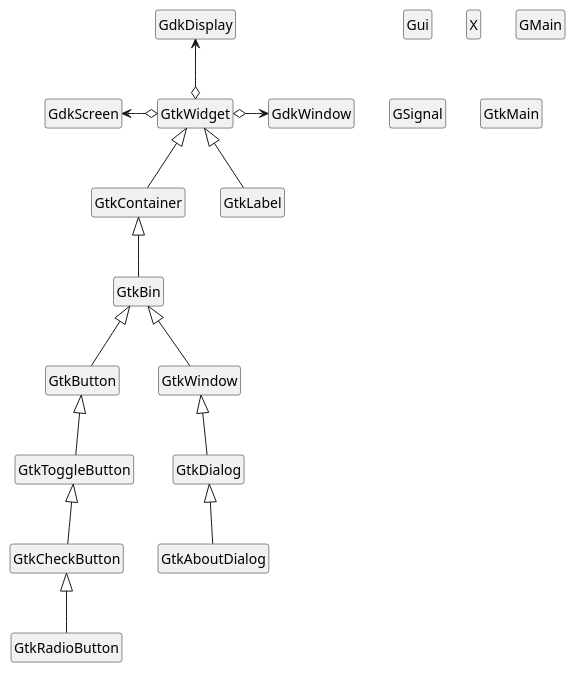
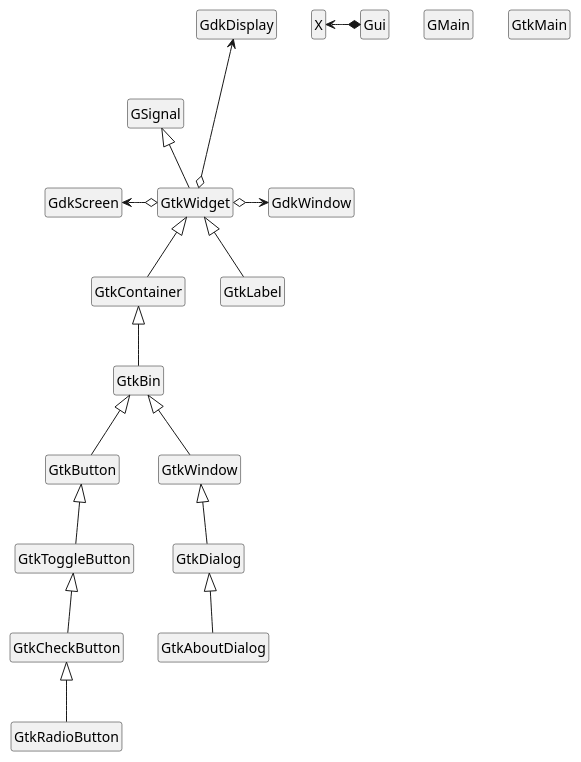
One commit to MARTIMM/gtk-v3 changed the diagram in doc/Design.md. Above: the diagram before and after it, drawn with PlantUML.

````diff
--- a/doc/Design.md
+++ b/doc/Design.md
@@ -6,52 +6,55 @@
 ```plantuml
 
 hide members
 hide circle
 
 class Gui
 class X
 
 class GMain
 class GSignal
 
 class GdkScreen
 class GdkDisplay
 class GdkWindow
 
 
 class GtkMain
 class GtkWidget
 GdkScreen <-o GtkWidget
-GdkDisplay <--o GtkWidget
+GdkDisplay <---o GtkWidget
 GtkWidget o-> GdkWindow
+
+GSignal <|-- GtkWidget
+X <-* Gui
 
 class GtkBin
 class GtkContainer
 
 class GtkLabel
 
 class GtkButton
 class GtkToggleButton
 class GtkCheckButton
 class GtkRadioButton
 
 class GtkWindow
 class GtkDialog
 class GtkAboutDialog
 
 GtkBin <|-- GtkButton
 GtkButton <|-- GtkToggleButton
 GtkToggleButton <|-- GtkCheckButton
 GtkCheckButton <|-- GtkRadioButton
 
 GtkBin <|-- GtkWindow
 GtkWindow <|-- GtkDialog
 GtkDialog <|-- GtkAboutDialog
 
 GtkWidget <|-- GtkLabel
 
 GtkContainer <|-- GtkBin
 GtkWidget <|-- GtkContainer
 'GtkBin --* GtkButton
 
 ```
````
